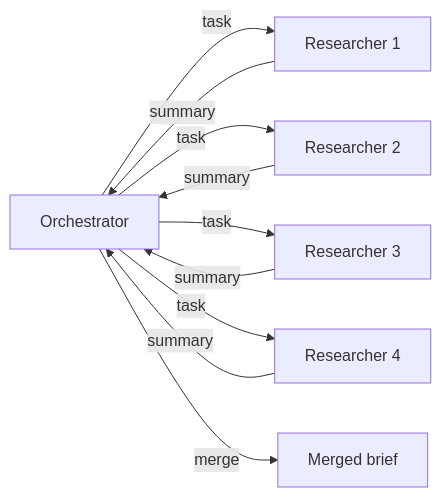
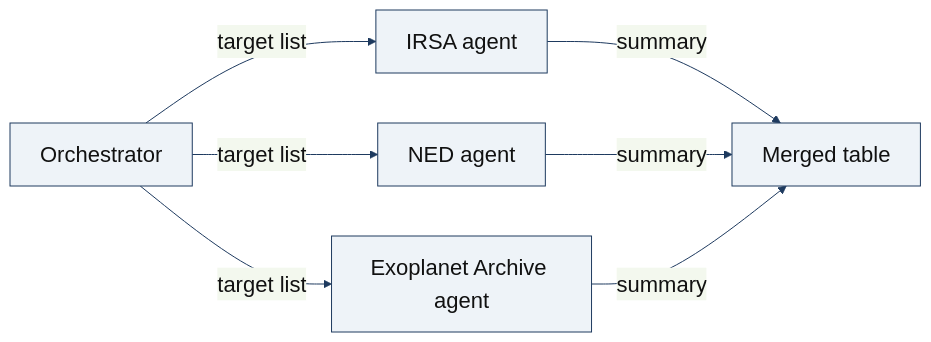
The diagram in diagrams/fan-out.mmd (xoubish/multiGrits), drawn with Mermaid before and after one commit. The commit also changed 10 other files, not shown here.

Commit message:
pipeline: diagrammer in worktree diagrams

```diff
--- a/diagrams/fan-out.mmd
+++ b/diagrams/fan-out.mmd
@@ -1,10 +1,8 @@
+%%{init: {"theme": "base", "themeVariables": {"fontSize": "22px", "primaryColor": "#eef3f8", "primaryBorderColor": "#1e3a5f", "primaryTextColor": "#111", "lineColor": "#1e3a5f"}}}%%
 flowchart LR
-  O["Orchestrator"] -->|"task"| R1["Researcher 1"]
-  O -->|"task"| R2["Researcher 2"]
-  O -->|"task"| R3["Researcher 3"]
-  O -->|"task"| R4["Researcher 4"]
-  R1 -->|"summary"| O
-  R2 -->|"summary"| O
-  R3 -->|"summary"| O
-  R4 -->|"summary"| O
-  O -->|"merge"| M["Merged brief"]
+  O["Orchestrator"] -->|"target list"| A["IRSA agent"]
+  O -->|"target list"| B["NED agent"]
+  O -->|"target list"| C["Exoplanet Archive agent"]
+  A -->|"summary"| M["Merged table"]
+  B -->|"summary"| M
+  C -->|"summary"| M
```
